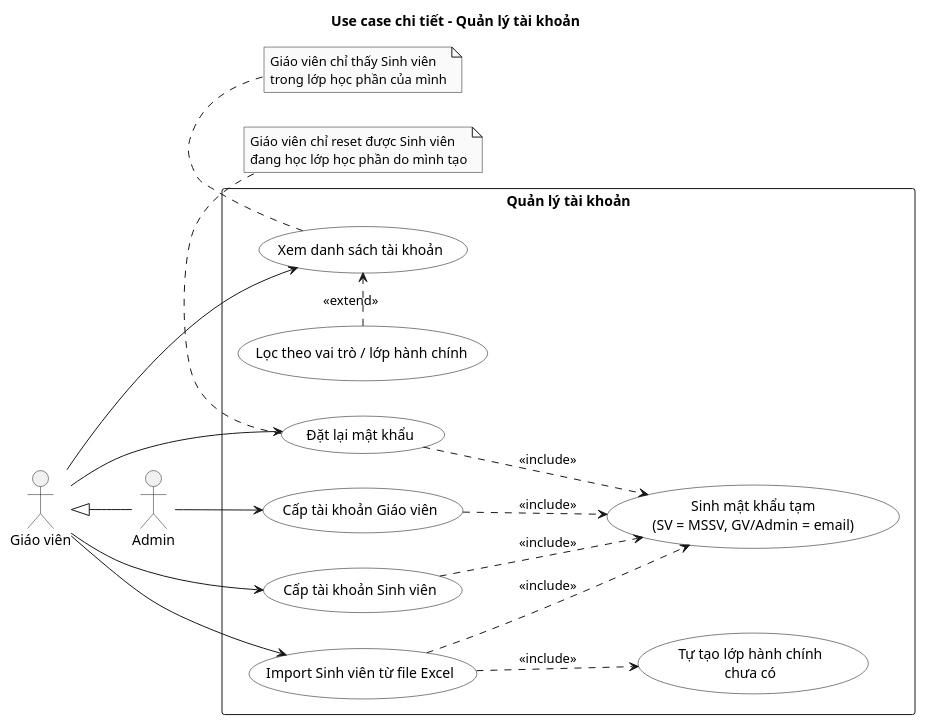
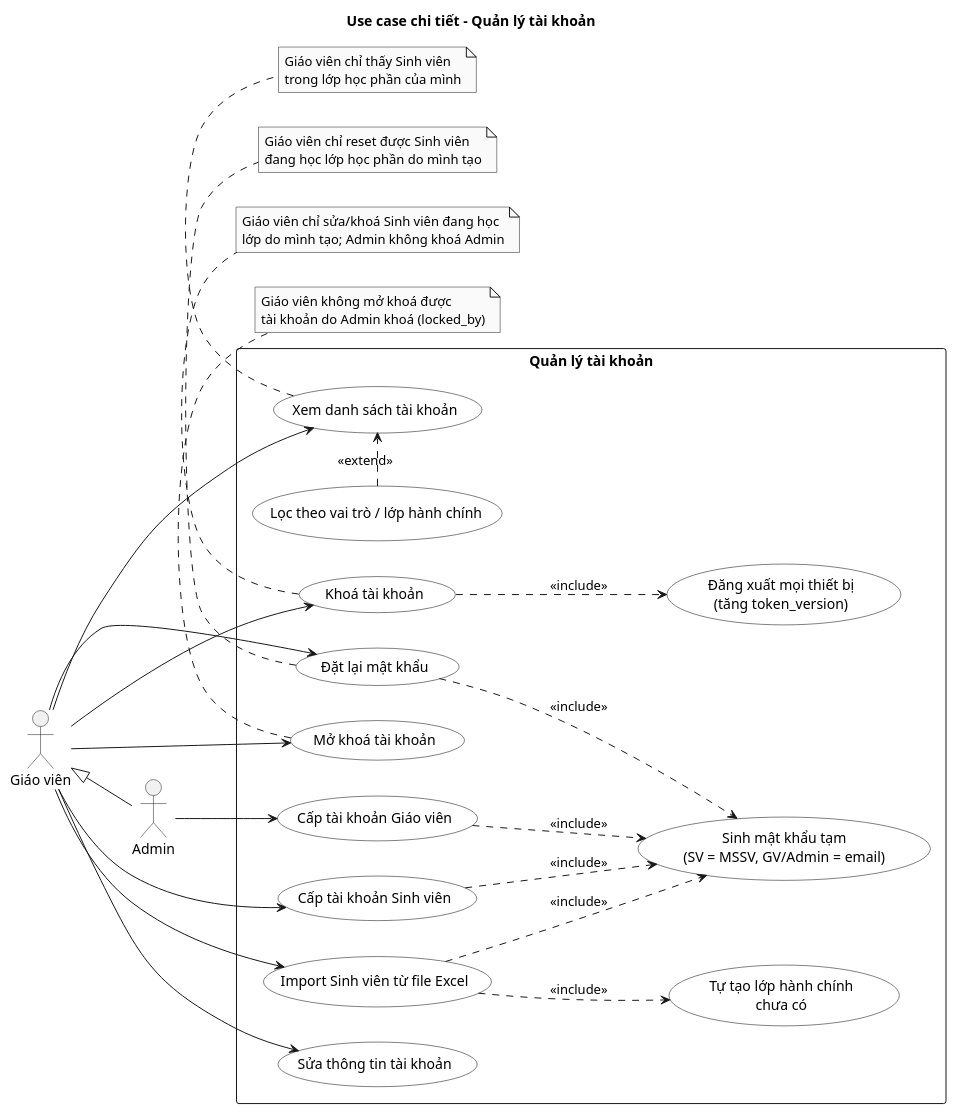
Before and after one commit to dinhnhathuyennhan/leet-code-utc2: the diagram in docs/diagrams/use-case/use-case-account.puml, drawn with PlantUML. The commit also changed 21 other files, not shown here.

Commit message:
docs: sync API contracts, use cases and diagrams with account, class and grading changes

```diff
--- a/docs/diagrams/use-case/use-case-account.puml
+++ b/docs/diagrams/use-case/use-case-account.puml
@@ -1,50 +1,66 @@
 @startuml use-case-account
 left to right direction
 skinparam shadowing false
 skinparam monochrome true
 skinparam packageStyle rectangle
 skinparam defaultFontName Arial
 skinparam usecase {
   BackgroundColor white
   BorderColor black
 }
 
 title Use case chi tiết - Quản lý tài khoản
 
 actor "Giáo viên" as Teacher
 actor "Admin" as Admin
 Admin -up-|> Teacher
 
 rectangle "Quản lý tài khoản" {
   usecase "Cấp tài khoản Giáo viên" as CreateTeacher
   usecase "Cấp tài khoản Sinh viên" as CreateStudent
   usecase "Import Sinh viên từ file Excel" as Import
   usecase "Tự tạo lớp hành chính\nchưa có" as AutoClass
   usecase "Đặt lại mật khẩu" as Reset
   usecase "Xem danh sách tài khoản" as ListUsers
   usecase "Lọc theo vai trò / lớp hành chính" as Filter
   usecase "Sinh mật khẩu tạm\n(SV = MSSV, GV/Admin = email)" as TempPw
+  usecase "Sửa thông tin tài khoản" as EditUser
+  usecase "Khoá tài khoản" as Lock
+  usecase "Mở khoá tài khoản" as Unlock
+  usecase "Đăng xuất mọi thiết bị\n(tăng token_version)" as RevokeTokens
 }
 
 Admin --> CreateTeacher
 Teacher --> CreateStudent
 Teacher --> Import
 Teacher --> Reset
 Teacher --> ListUsers
+Teacher --> EditUser
+Teacher --> Lock
+Teacher --> Unlock
 
 CreateTeacher ..> TempPw : <<include>>
 CreateStudent ..> TempPw : <<include>>
 Import ..> TempPw : <<include>>
 Reset ..> TempPw : <<include>>
 Import ..> AutoClass : <<include>>
 Filter .> ListUsers : <<extend>>
+Lock ..> RevokeTokens : <<include>>
 
 note bottom of Reset
   Giáo viên chỉ reset được Sinh viên
   đang học lớp học phần do mình tạo
 end note
 note bottom of ListUsers
   Giáo viên chỉ thấy Sinh viên
   trong lớp học phần của mình
 end note
+note bottom of Lock
+  Giáo viên chỉ sửa/khoá Sinh viên đang học
+  lớp do mình tạo; Admin không khoá Admin
+end note
+note bottom of Unlock
+  Giáo viên không mở khoá được
+  tài khoản do Admin khoá (locked_by)
+end note
 @enduml
```
